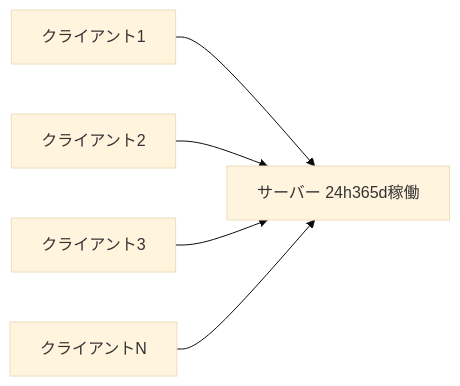
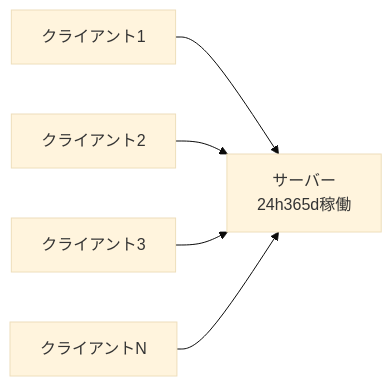
The third of 18 diagrams in training/basics.md (x86-unix/docs), drawn with Mermaid (base theme) before and after one commit. The commit also changed other lines of this file, not shown here.

````diff
--- a/training/basics.md
+++ b/training/basics.md
@@ -214,7 +131,7 @@
 ```mermaid
 graph LR
-    C1[クライアント1] --> S["サーバー 24h365d稼働"]
+    C1[クライアント1] --> S[サーバー<br/>24h365d稼働]
     C2[クライアント2] --> S
     C3[クライアント3] --> S
     C4[クライアントN] --> S
 ```
````
